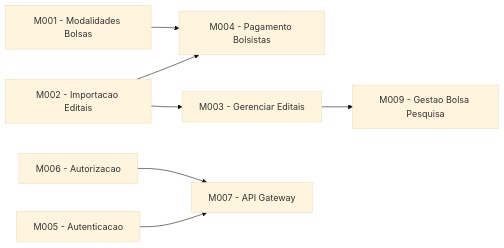
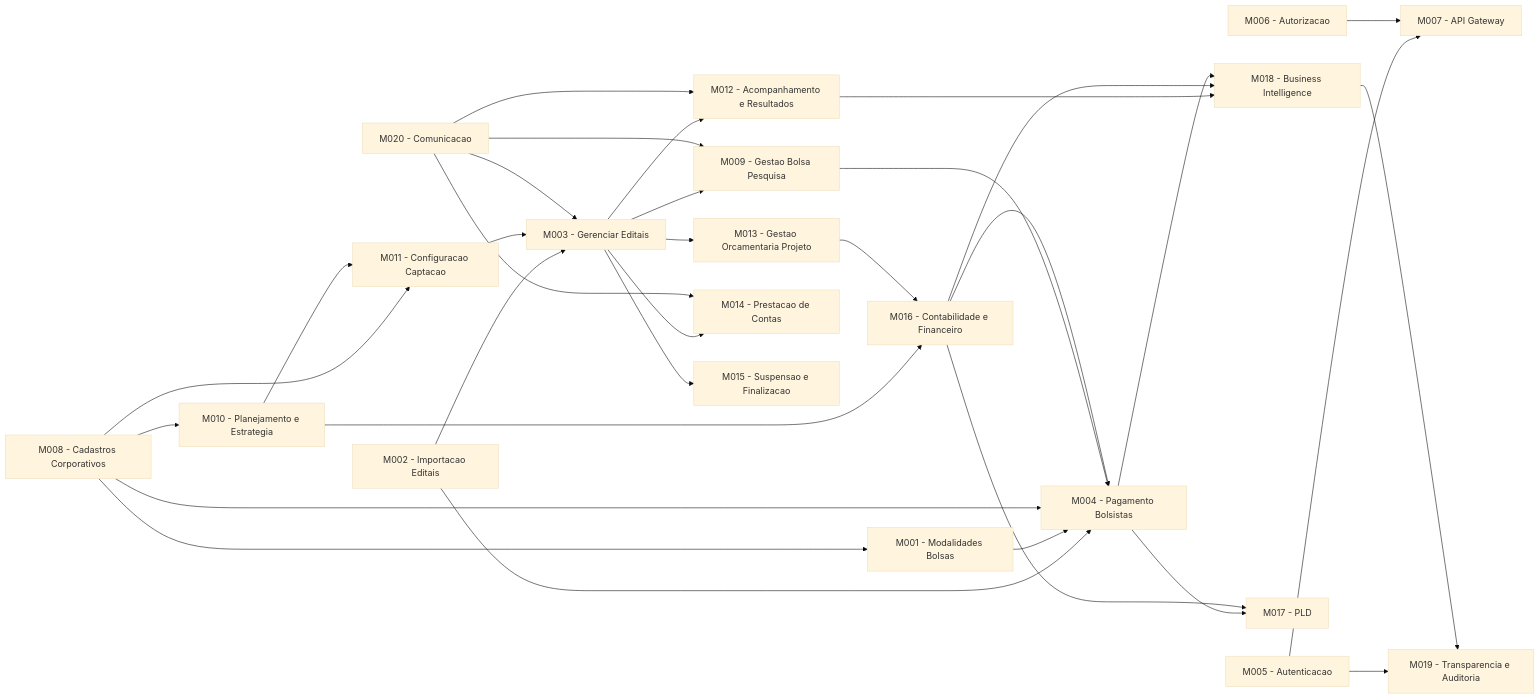
The diagram in docs/management/backlog-product.md (Czzped/conecta-fapes-teste), drawn with Mermaid (base theme) before and after one commit. The commit also changed other lines of this file and 84 other files, not shown here.

````diff
--- a/docs/management/backlog-product.md
+++ b/docs/management/backlog-product.md
@@ -194,9 +206,47 @@
 ```mermaid
 graph LR
+    %% Modulos existentes
     M002[M002 - Importacao Editais] --> M004[M004 - Pagamento Bolsistas]
     M002 --> M003[M003 - Gerenciar Editais]
     M001[M001 - Modalidades Bolsas] --> M004
     M005[M005 - Autenticacao] --> M007[M007 - API Gateway]
     M006[M006 - Autorizacao] --> M007
     M003 --> M009[M009 - Gestao Bolsa Pesquisa]
+
+    %% Novos modulos — Corporativo
+    M008[M008 - Cadastros Corporativos] --> M001
+    M008 --> M010[M010 - Planejamento e Estrategia]
+    M008 --> M011[M011 - Configuracao Captacao]
+    M008 --> M004
+
+    %% Planejamento e Estrategia
+    M010 --> M011
+    M010 --> M016[M016 - Contabilidade e Financeiro]
+
+    %% Pre-Award
+    M011 --> M003
+
+    %% Post-Award
+    M003 --> M012[M012 - Acompanhamento e Resultados]
+    M003 --> M013[M013 - Gestao Orcamentaria Projeto]
+    M003 --> M014[M014 - Prestacao de Contas]
+    M003 --> M015[M015 - Suspensao e Finalizacao]
+    M009 --> M004
+    M013 --> M016
+
+    %% Financeiro
+    M016 --> M004
+    M004 --> M017[M017 - PLD]
+    M016 --> M017
+
+    %% Suporte e Inteligencia
+    M012 --> M018[M018 - Business Intelligence]
+    M016 --> M018
+    M004 --> M018
+    M005 --> M019[M019 - Transparencia e Auditoria]
+    M018 --> M019
+    M020[M020 - Comunicacao] --> M003
+    M020 --> M009
+    M020 --> M012
+    M020 --> M014
 ```
````
